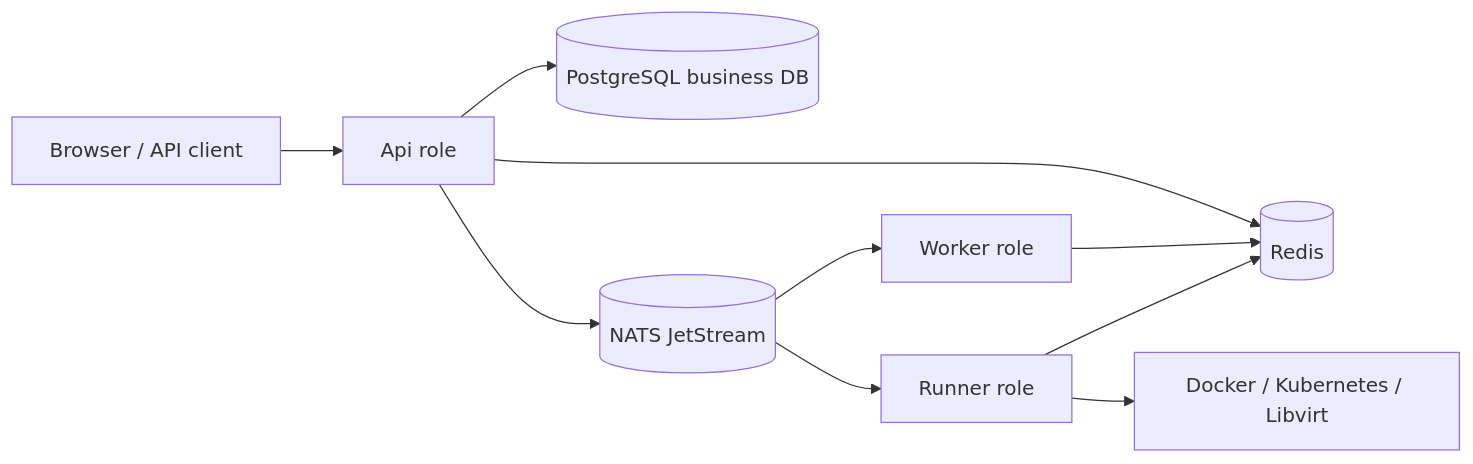
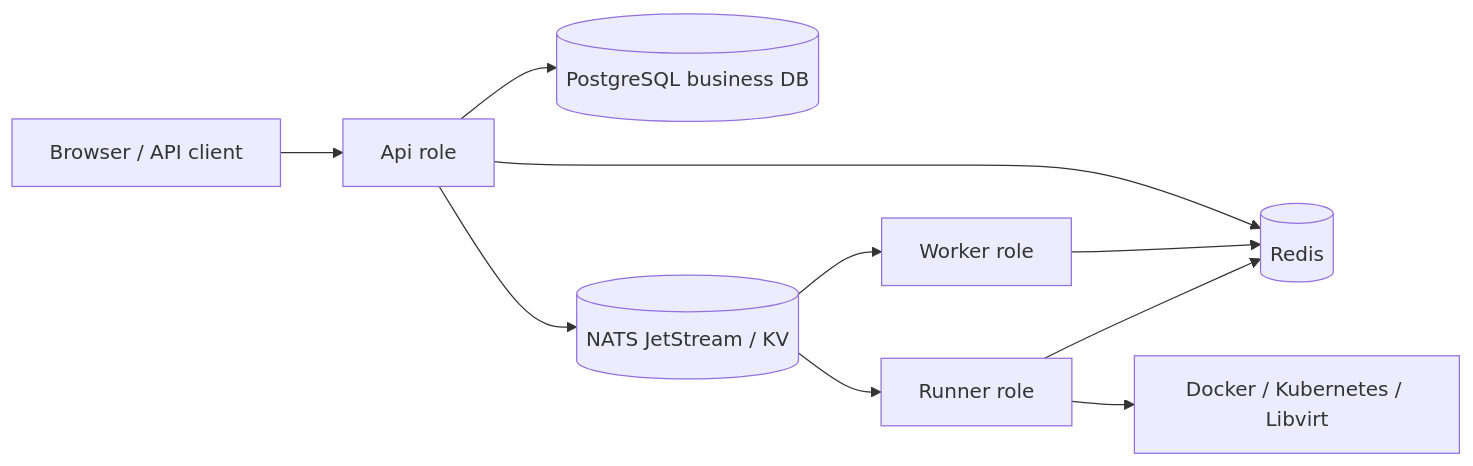
The diagram in README.md (D1no209/NoCTF), drawn with Mermaid before and after one commit. The commit also changed other lines of this file and 1083 other files, not shown here.

````diff
--- a/README.md
+++ b/README.md
@@ -24,12 +44,12 @@
 ```mermaid
 flowchart LR
     Browser["Browser / API client"] --> API["Api role"]
     API --> PostgreSQL[("PostgreSQL business DB")]
-    API --> NATS[("NATS JetStream")]
+    API --> NATS[("NATS JetStream / KV")]
     API --> Redis[("Redis")]
     NATS --> Worker["Worker role"]
     NATS --> Runner["Runner role"]
     Worker --> Redis
     Runner --> Redis
     Runner --> Providers["Docker / Kubernetes / Libvirt"]
 ```
````
